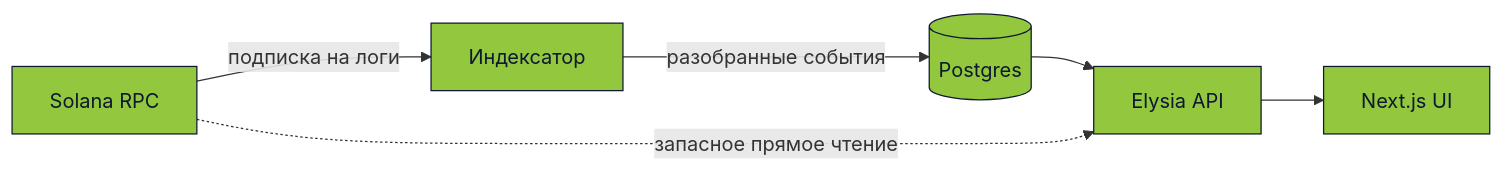
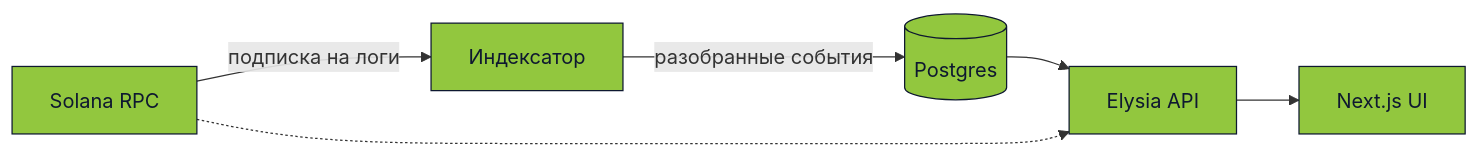
Diagram 44 of 44 in slides.md (In-Da-Hack-Decentrathon/presentation), drawn with Mermaid before and after one commit. The commit also changed other lines of this file and 1 other file, not shown here.

````diff
--- a/slides.md
+++ b/slides.md
@@ -3214,10 +3214,10 @@
 ```mermaid {scale: 0.55}
 flowchart LR
   SOL[Solana RPC] -->|подписка на логи| Idx[Индексатор]
   Idx -->|разобранные события| DB[(Postgres)]
   DB --> API[Elysia API]
   API --> FE[Next.js UI]
-  SOL -.запасное прямое чтение.-> API
+  SOL -.-> API
   classDef ok fill:#92c73e,stroke:#0e1830,color:#0e1830
   class SOL,Idx,DB,API,FE ok
 ```
````
